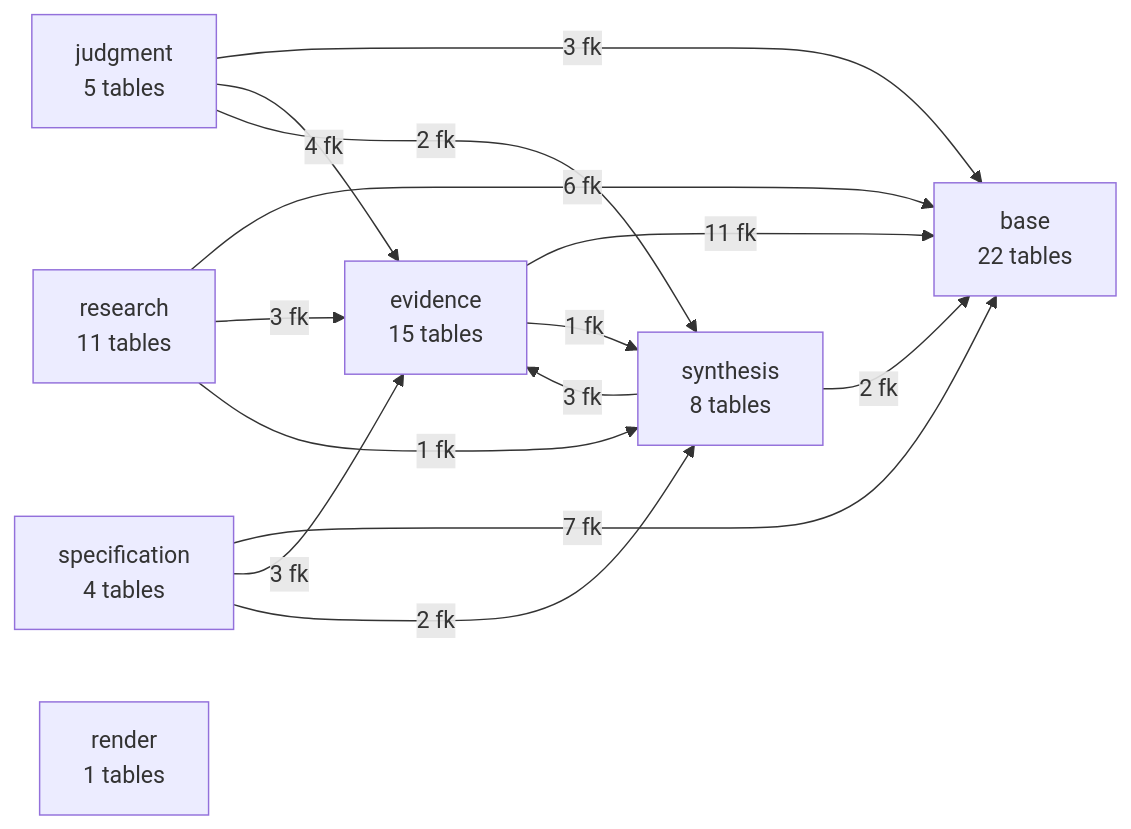
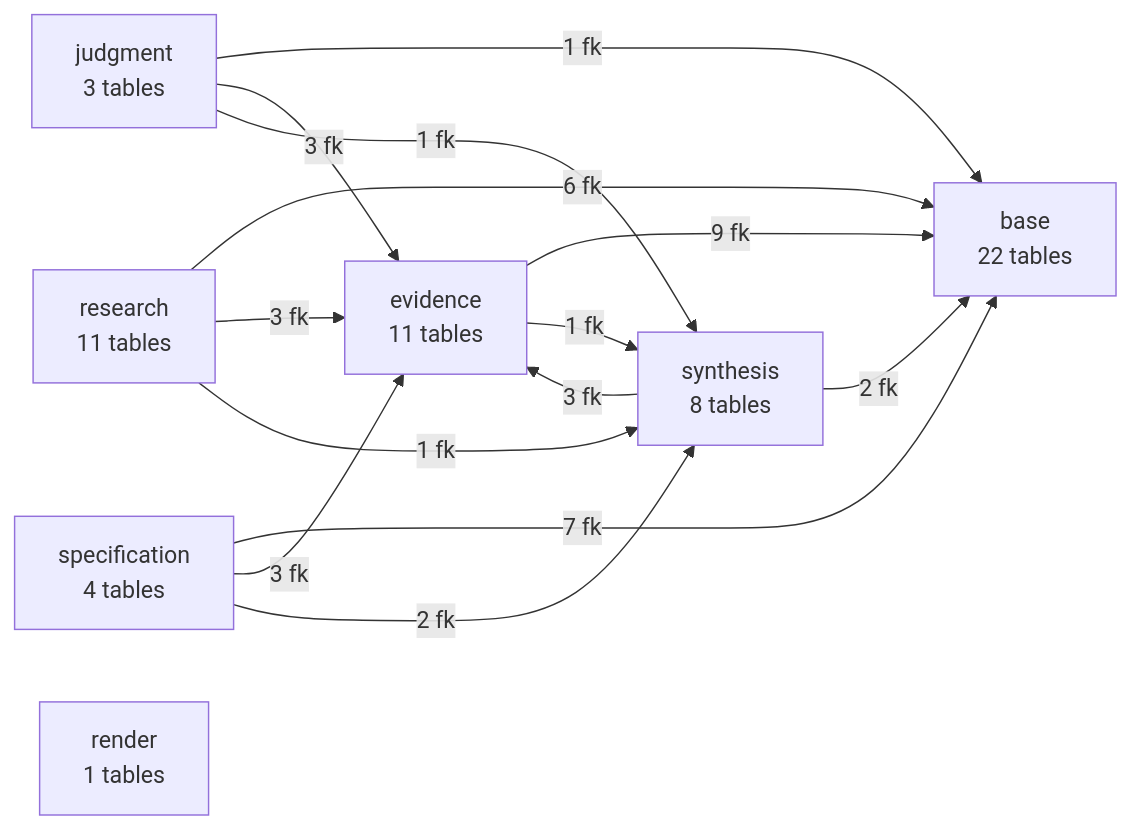
Before and after one commit to jordanelias/guidebook: the first of 10 diagrams in workplan/pipeline-state-graph/STATE-GRAPH.md, drawn with Mermaid. The commit also changed other lines of this file and 13 other files, not shown here.

````diff
--- a/workplan/pipeline-state-graph/STATE-GRAPH.md
+++ b/workplan/pipeline-state-graph/STATE-GRAPH.md
@@ -24,23 +24,23 @@
 ```mermaid
 flowchart LR
   base["base\n22 tables"]
   research["research\n11 tables"]
-  evidence["evidence\n15 tables"]
-  judgment["judgment\n5 tables"]
+  evidence["evidence\n11 tables"]
+  judgment["judgment\n3 tables"]
   synthesis["synthesis\n8 tables"]
   specification["specification\n4 tables"]
   render["render\n1 tables"]
-  evidence -->|11 fk| base
+  evidence -->|9 fk| base
   evidence -->|1 fk| synthesis
-  judgment -->|3 fk| base
-  judgment -->|4 fk| evidence
-  judgment -->|2 fk| synthesis
+  judgment -->|1 fk| base
+  judgment -->|3 fk| evidence
+  judgment -->|1 fk| synthesis
   research -->|6 fk| base
   research -->|3 fk| evidence
   research -->|1 fk| synthesis
   specification -->|7 fk| base
   specification -->|3 fk| evidence
   specification -->|2 fk| synthesis
   synthesis -->|2 fk| base
   synthesis -->|3 fk| evidence
 ```
````
